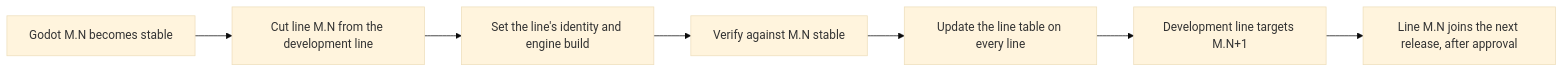
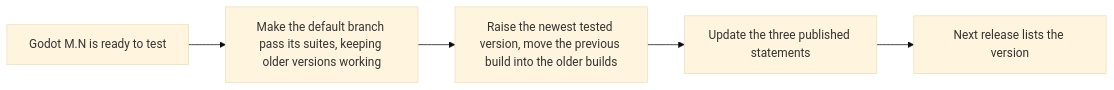
Before and after one commit to theromis/godot-mcp: the second of 2 diagrams in .design/main/specifications/l1-release-lines.md, drawn with Mermaid (base theme). The commit also changed other lines of this file and 47 other files, not shown here.

First line of the commit message:
build: one build for every Godot version, made from master (#176)

````diff
--- a/.design/main/specifications/l1-release-lines.md
+++ b/.design/main/specifications/l1-release-lines.md
@@ -97,9 +102,7 @@
 ```mermaid
 graph LR
-    A[Godot M.N becomes stable] --> B[Cut line M.N from the development line]
-    B --> C[Set the line's identity and engine build]
-    C --> D[Verify against M.N stable]
-    D --> E[Update the line table on every line]
-    E --> F[Development line targets M.N+1]
-    F --> G[Line M.N joins the next release, after approval]
+    A[Godot M.N is ready to test] --> B[Make the default branch pass its suites, keeping older versions working]
+    B --> C[Raise the newest tested version, move the previous build into the older builds]
+    C --> D[Update the three published statements]
+    D --> E[Next release lists the version]
 ```
````
